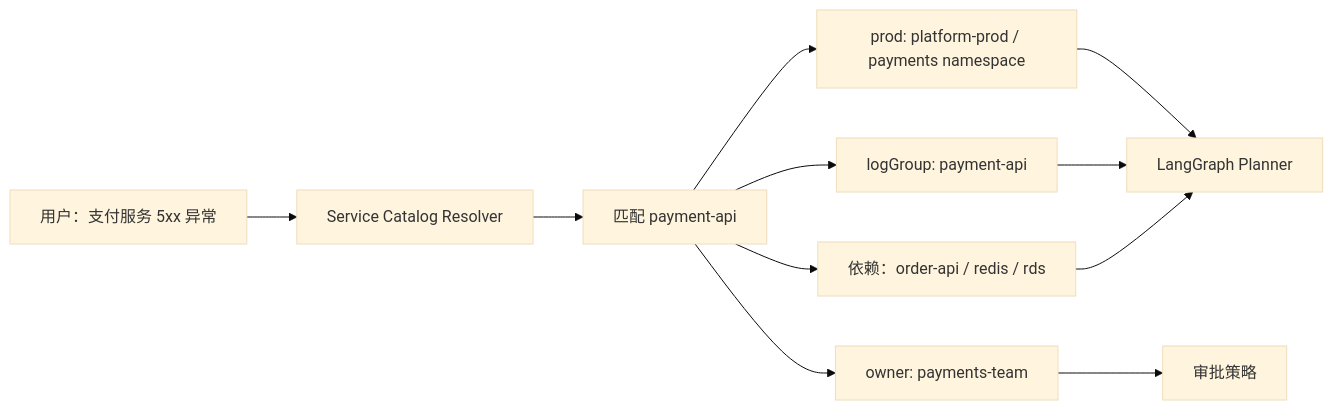
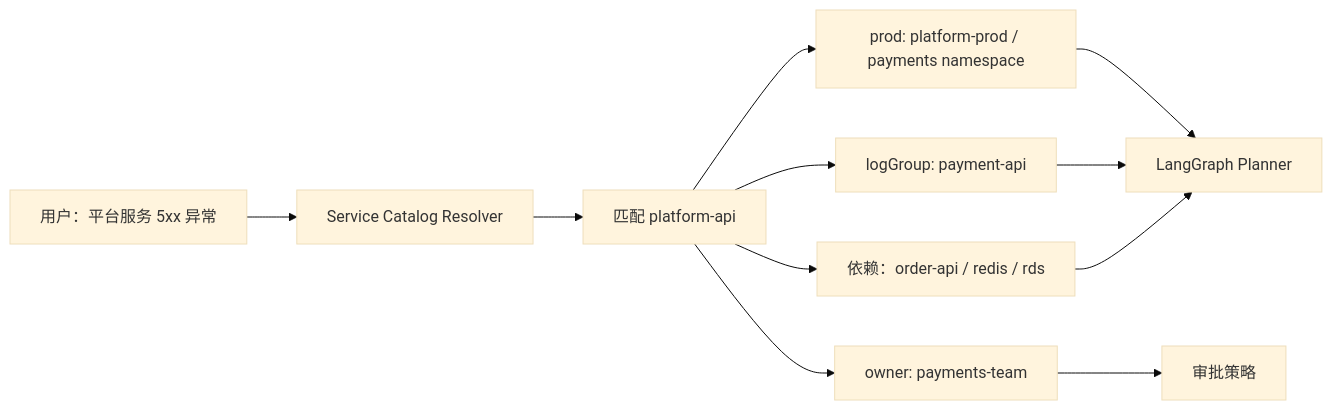
The seventh of 17 diagrams in README.md (chunxili/aiops), drawn with Mermaid (base theme) before and after one commit. The commit also changed other lines of this file and 3 other files, not shown here.

````diff
--- a/README.md
+++ b/README.md
@@ -248,13 +284,13 @@
 ```mermaid
 flowchart LR
-  User["用户：支付服务 5xx 异常"] --> Resolver["Service Catalog Resolver"]
-  Resolver --> Match["匹配 payment-api"]
+  User["用户：平台服务 5xx 异常"] --> Resolver["Service Catalog Resolver"]
+  Resolver --> Match["匹配 platform-api"]
   Match --> Runtime["prod: platform-prod / payments namespace"]
   Match --> Owner["owner: payments-team"]
   Match --> Logs["logGroup: payment-api"]
   Match --> Deps["依赖：order-api / redis / rds"]
   Runtime --> Planner["LangGraph Planner"]
   Owner --> Approval["审批策略"]
   Logs --> Planner
   Deps --> Planner
 ```
````
